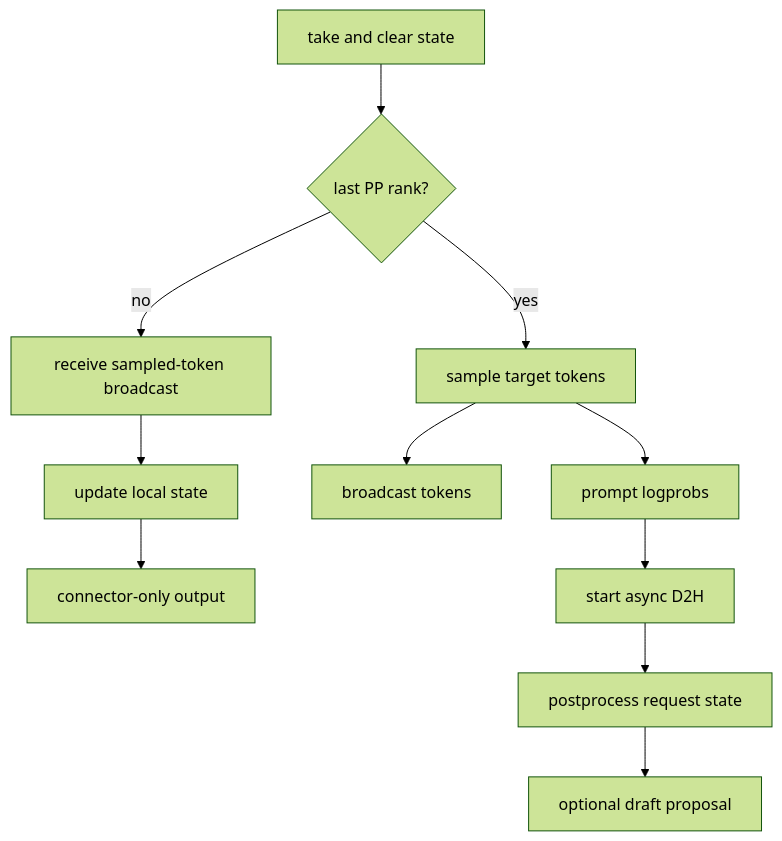
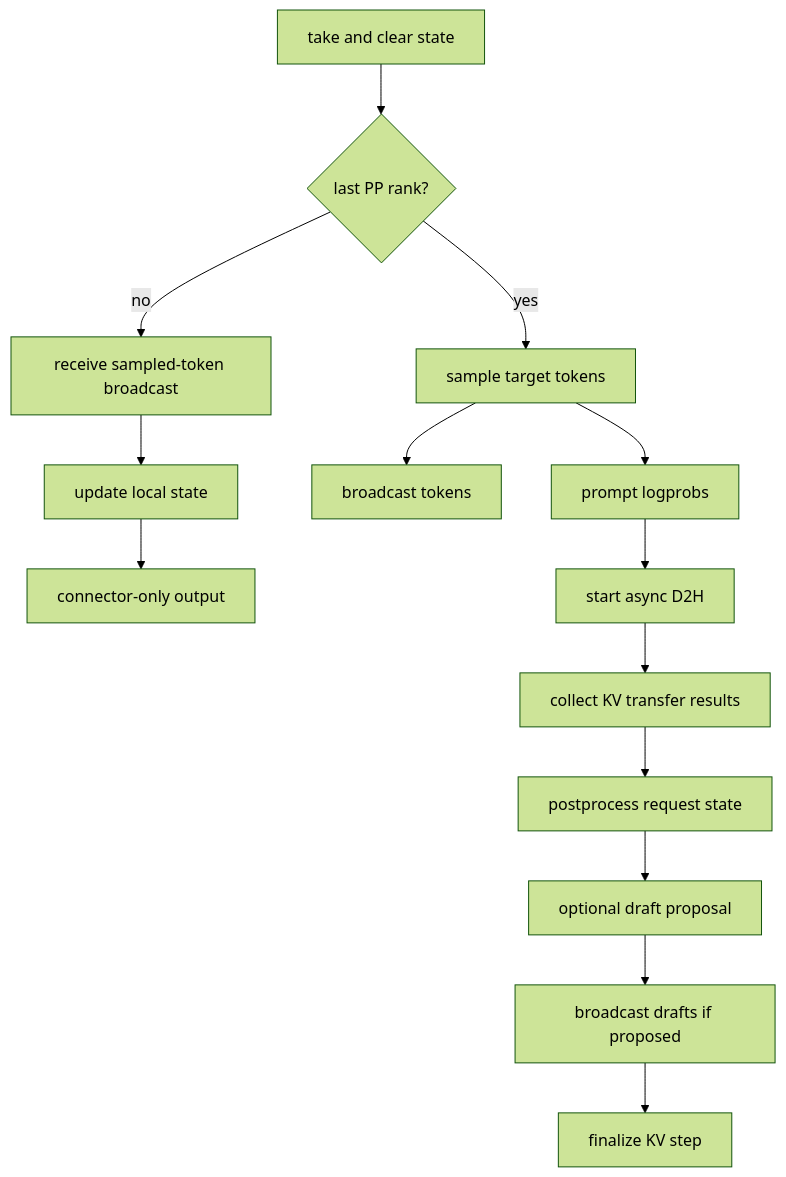
Before and after one commit to cluster1900/vllm_reader: diagram 35 of 43 in book/07-model-execution/README.md, drawn with Mermaid (forest theme). The commit also changed other lines of this file and 3 other files, not shown here.

````diff
--- a/book/07-model-execution/README.md
+++ b/book/07-model-execution/README.md
@@ -965,13 +1129,16 @@
 ```mermaid
 flowchart TD
     TAKE["take and clear state"] --> LAST{"last PP rank?"}
     LAST -->|no| RECV["receive sampled-token broadcast"]
     RECV --> LOCAL["update local state"]
     LOCAL --> CONN["connector-only output"]
     LAST -->|yes| SAMPLE["sample target tokens"]
     SAMPLE --> BC["broadcast tokens"]
     SAMPLE --> LP["prompt logprobs"]
     LP --> ASYNC["start async D2H"]
-    ASYNC --> POST["postprocess request state"]
+    ASYNC --> KVC["collect KV transfer results"]
+    KVC --> POST["postprocess request state"]
     POST --> DRAFT["optional draft proposal"]
+    DRAFT --> DBC["broadcast drafts if proposed"]
+    DBC --> FIN["finalize KV step"]
 ```
````
